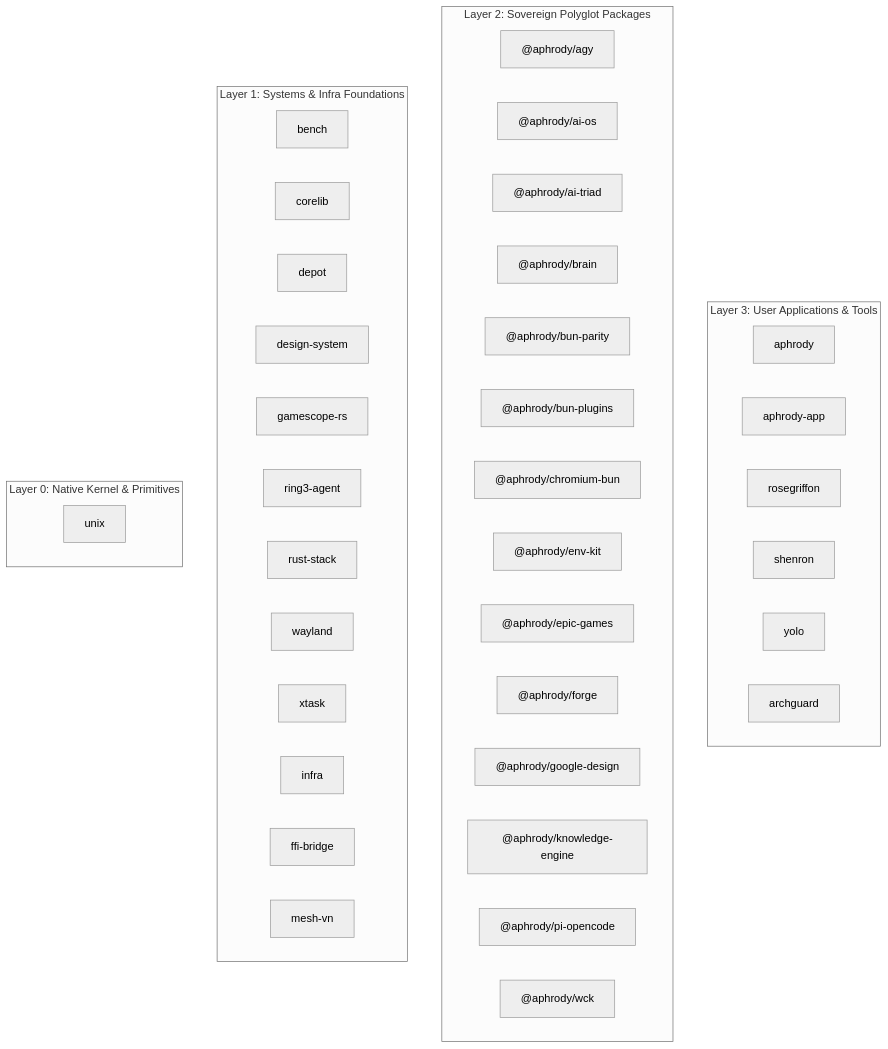
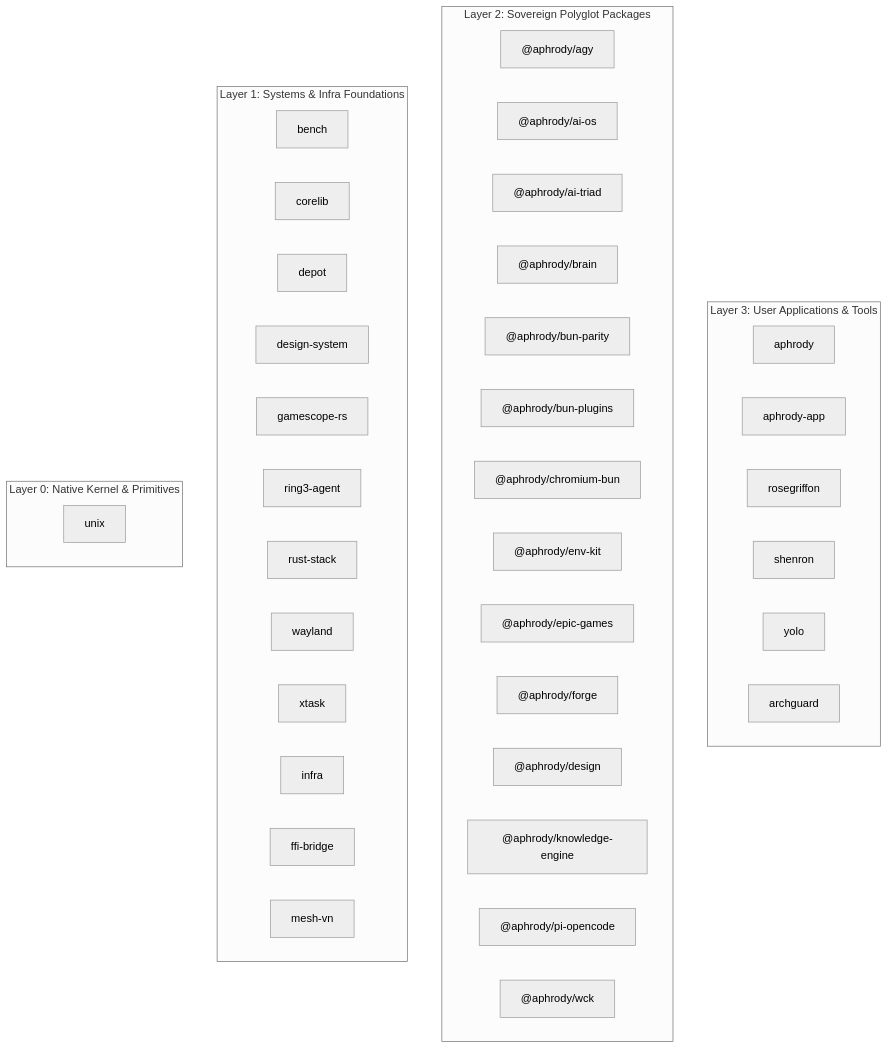
The diagram in crates/archguard/README.md (aphrody-dev/src), drawn with Mermaid (neutral theme) before and after one commit. The commit also changed 9 other files, not shown here.

Commit message:
google-design : derniers consommateurs retirés (plugin m3-icons de bun-plugins supprimé, CI GitLab sur bun test packages/design, icônes Figma locales sur @material-symbols/svg-400, yolo constructible sans upstream local)

````diff
--- a/crates/archguard/README.md
+++ b/crates/archguard/README.md
@@ -35,47 +35,47 @@
 ```mermaid
 flowchart TD
   subgraph Layer_3["Layer 3: User Applications & Tools"]
     apps_aphrody["aphrody"]
     apps_aphrody_app["aphrody-app"]
     apps_rosegriffon["rosegriffon"]
     apps_shenron["shenron"]
     apps_yolo["yolo"]
     tools_archguard["archguard"]
   end
 
   subgraph Layer_2["Layer 2: Sovereign Polyglot Packages"]
     packages_agy["@aphrody/agy"]
     packages_ai_os["@aphrody/ai-os"]
     packages_ai_triad["@aphrody/ai-triad"]
     packages_brain["@aphrody/brain"]
     packages_bun_parity["@aphrody/bun-parity"]
     packages_bun_plugins["@aphrody/bun-plugins"]
     packages_chromium_bun["@aphrody/chromium-bun"]
     packages_env_kit["@aphrody/env-kit"]
     packages_epic_games["@aphrody/epic-games"]
     packages_forge["@aphrody/forge"]
-    packages_google_design["@aphrody/google-design"]
+    packages_design["@aphrody/design"]
     packages_knowledge_engine["@aphrody/knowledge-engine"]
     packages_pi_opencode["@aphrody/pi-opencode"]
     packages_wck["@aphrody/wck"]
   end
 
   subgraph Layer_1["Layer 1: Systems & Infra Foundations"]
     crates_bench["bench"]
     crates_corelib["corelib"]
     crates_depot["depot"]
     crates_design_system["design-system"]
     crates_gamescope_rs["gamescope-rs"]
     crates_ring3_agent["ring3-agent"]
     crates_rust_stack["rust-stack"]
     crates_wayland["wayland"]
     crates_xtask["xtask"]
     infra["infra"]
     infra_ffi_bridge["ffi-bridge"]
     infra_mesh_vn["mesh-vn"]
   end
 
   subgraph Layer_0["Layer 0: Native Kernel & Primitives"]
     crates_unix["unix"]
   end
 ```
````
